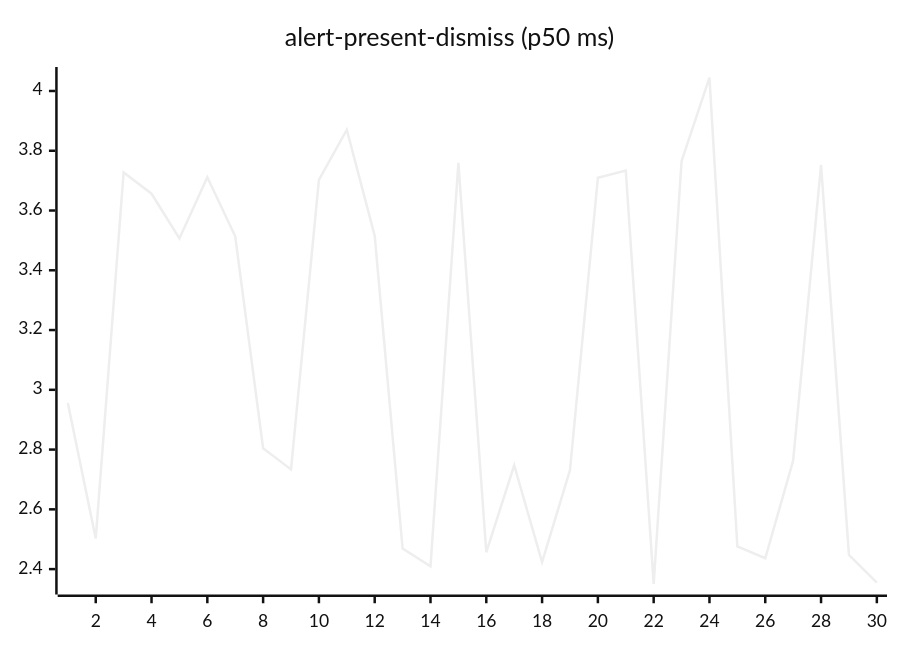
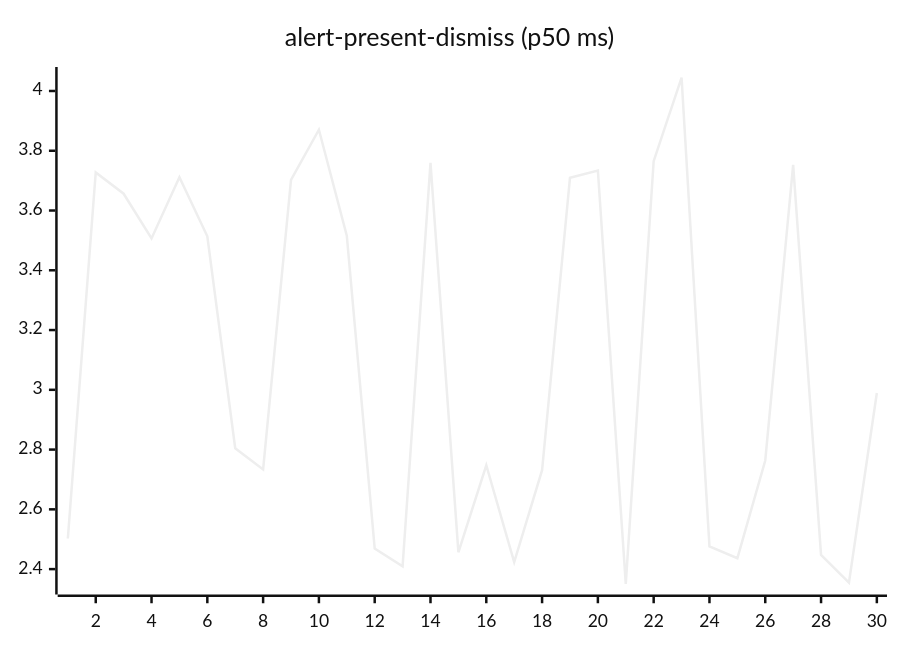
The second of 27 diagrams in README.md (josha/Facet), drawn with Mermaid (neutral theme) before and after one commit. The commit also changed other lines of this file and 2 other files, not shown here.

````diff
--- a/README.md
+++ b/README.md
@@ -70,6 +70,6 @@
 ```mermaid
 xychart-beta
     title "alert-present-dismiss (p50 ms)"
     x-axis 1 --> 30
-    line [2.9562, 2.5024, 3.7273, 3.6562, 3.5064, 3.7112, 3.5136, 2.8044, 2.7337, 3.7022, 3.8703, 3.5157, 2.4688, 2.4093, 3.7592, 2.4564, 2.7475, 2.4232, 2.7312, 3.7096, 3.7340, 2.3506, 3.7650, 4.0447, 2.4759, 2.4363, 2.7635, 3.7527, 2.4474, 2.3546]
+    line [2.5024, 3.7273, 3.6562, 3.5064, 3.7112, 3.5136, 2.8044, 2.7337, 3.7022, 3.8703, 3.5157, 2.4688, 2.4093, 3.7592, 2.4564, 2.7475, 2.4232, 2.7312, 3.7096, 3.7340, 2.3506, 3.7650, 4.0447, 2.4759, 2.4363, 2.7635, 3.7527, 2.4474, 2.3546, 2.9892]
 ```
````
